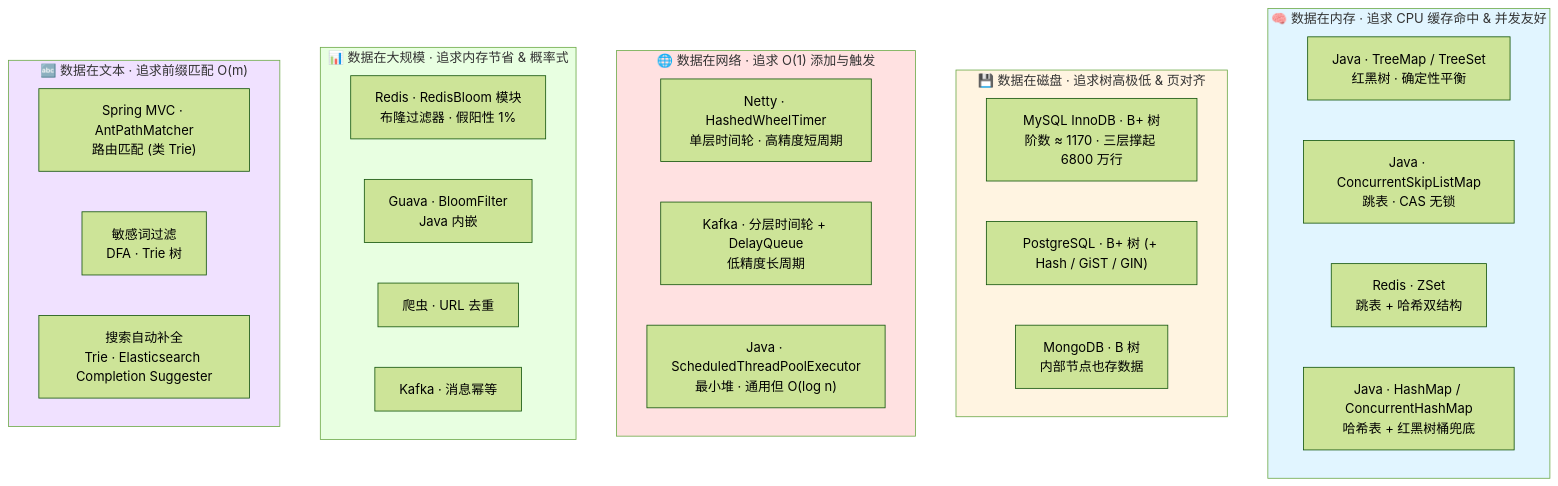
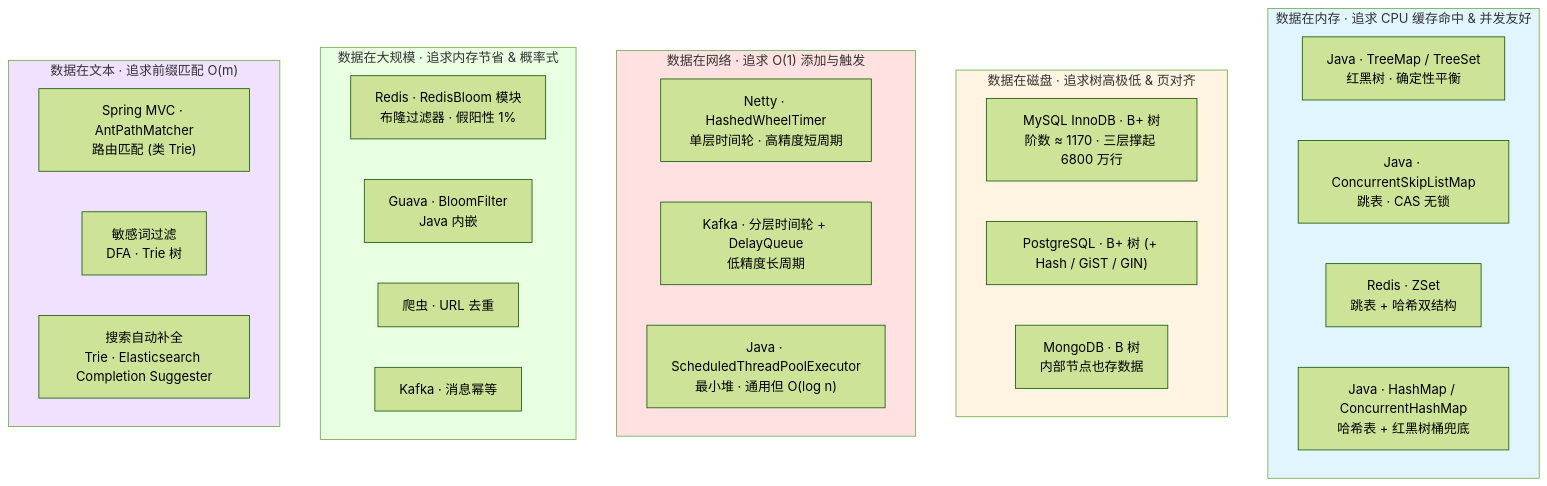
One commit to b1tzer/b1tzer.github.io changed the first of 2 diagrams in docs/01-java-basic/01-语言基础/09-data-structures.md. Above: the diagram before and after it, drawn with Mermaid (forest theme). The commit also changed other lines of this file and 22 other files, not shown here.

````diff
--- a/docs/01-java-basic/01-语言基础/09-data-structures.md
+++ b/docs/01-java-basic/01-语言基础/09-data-structures.md
@@ -299,40 +299,40 @@
 ```mermaid
 flowchart TB
-    subgraph 内存["🧠 数据在内存 · 追求 CPU 缓存命中 & 并发友好"]
+    subgraph 内存["数据在内存 · 追求 CPU 缓存命中 & 并发友好"]
         A1["Java · TreeMap / TreeSet<br/>红黑树 · 确定性平衡"]
         A2["Java · ConcurrentSkipListMap<br/>跳表 · CAS 无锁"]
         A3["Redis · ZSet<br/>跳表 + 哈希双结构"]
         A4["Java · HashMap / ConcurrentHashMap<br/>哈希表 + 红黑树桶兜底"]
     end
 
-    subgraph 磁盘["💾 数据在磁盘 · 追求树高极低 & 页对齐"]
+    subgraph 磁盘["数据在磁盘 · 追求树高极低 & 页对齐"]
         B1["MySQL InnoDB · B+ 树<br/>阶数 ≈ 1170 · 三层撑起 6800 万行"]
         B2["PostgreSQL · B+ 树 (+ Hash / GiST / GIN)"]
         B3["MongoDB · B 树<br/>内部节点也存数据"]
     end
 
-    subgraph 网络["🌐 数据在网络 · 追求 O(1) 添加与触发"]
+    subgraph 网络["数据在网络 · 追求 O(1) 添加与触发"]
         C1["Netty · HashedWheelTimer<br/>单层时间轮 · 高精度短周期"]
         C2["Kafka · 分层时间轮 + DelayQueue<br/>低精度长周期"]
         C3["Java · ScheduledThreadPoolExecutor<br/>最小堆 · 通用但 O(log n)"]
     end
 
-    subgraph 大数据["📊 数据在大规模 · 追求内存节省 & 概率式"]
+    subgraph 大数据["数据在大规模 · 追求内存节省 & 概率式"]
         D1["Redis · RedisBloom 模块<br/>布隆过滤器 · 假阳性 1%"]
         D2["Guava · BloomFilter<br/>Java 内嵌"]
         D3["爬虫 · URL 去重"]
         D4["Kafka · 消息幂等"]
     end
 
-    subgraph 文本["🔤 数据在文本 · 追求前缀匹配 O(m)"]
+    subgraph 文本["数据在文本 · 追求前缀匹配 O(m)"]
         E1["Spring MVC · AntPathMatcher<br/>路由匹配 (类 Trie)"]
         E2["敏感词过滤<br/>DFA · Trie 树"]
         E3["搜索自动补全<br/>Trie · Elasticsearch Completion Suggester"]
     end
 
     style 内存 fill:#e1f5ff
     style 磁盘 fill:#fff4e1
     style 网络 fill:#ffe1e1
     style 大数据 fill:#e8ffe1
     style 文本 fill:#f0e1ff
 ```
````
